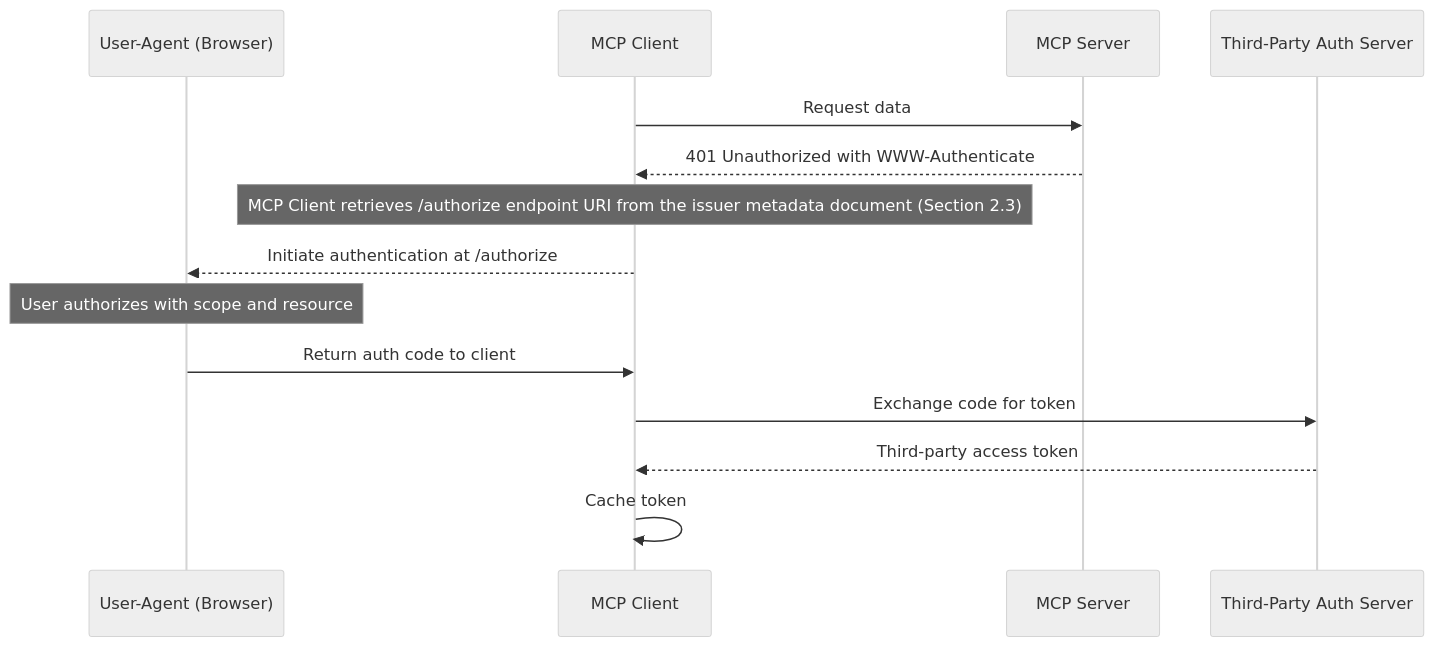
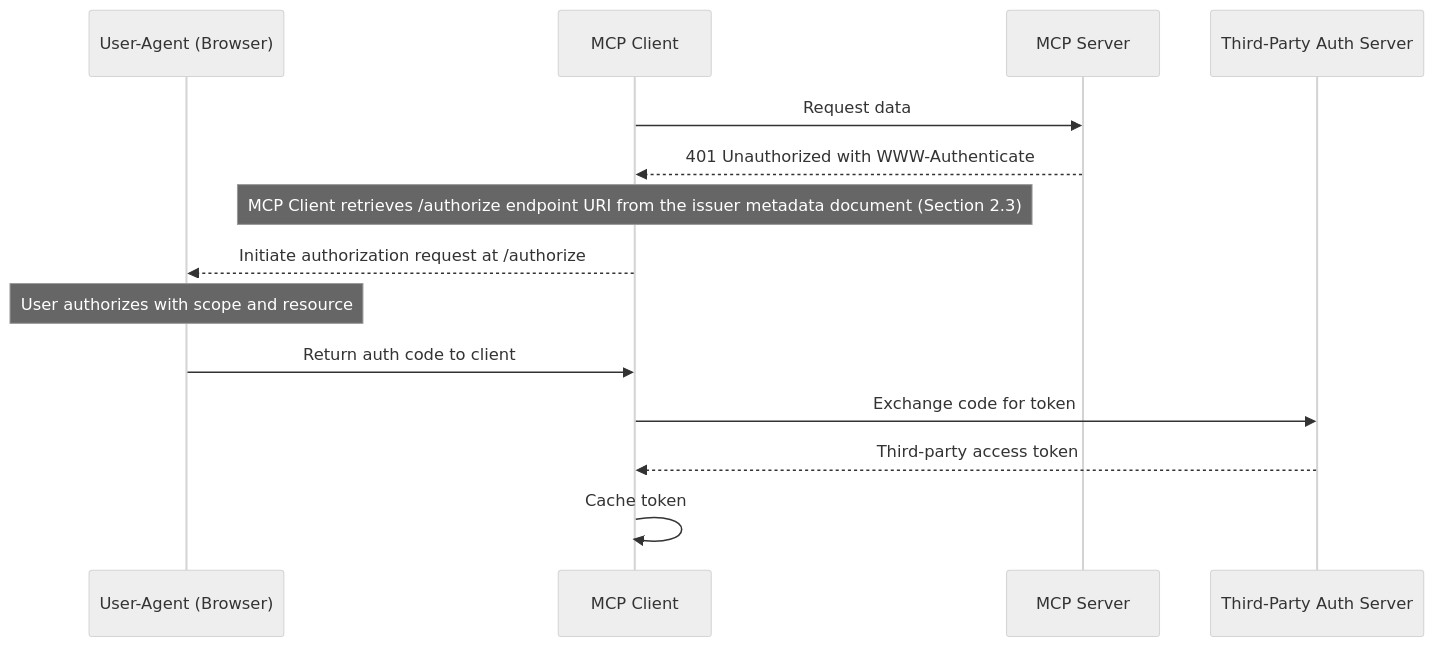
One commit to pcarleton/specification changed the third of 5 diagrams in docs/specification/2025-03-26/basic/authorization.md. Above: the diagram before and after it, drawn with Mermaid (neutral theme).

````diff
--- a/docs/specification/2025-03-26/basic/authorization.md
+++ b/docs/specification/2025-03-26/basic/authorization.md
@@ -221,17 +221,17 @@
 ```mermaid
 sequenceDiagram
     participant UA as User-Agent (Browser)
     participant MC as MCP Client
     participant MS as MCP Server
     participant IDP as Third-Party Auth Server
 
     MC->>MS: Request data
     MS-->>MC: 401 Unauthorized with WWW-Authenticate
     Note over MC: MCP Client retrieves /authorize endpoint URI from the issuer metadata document (Section 2.3)
-    MC-->>UA: Initiate authentication at /authorize
+    MC-->>UA: Initiate authorization request at /authorize
     Note over UA: User authorizes with scope and resource
     UA->>MC: Return auth code to client
     MC->>IDP: Exchange code for token
     IDP-->>MC: Third-party access token
     MC->>MC: Cache token
 ```
````
